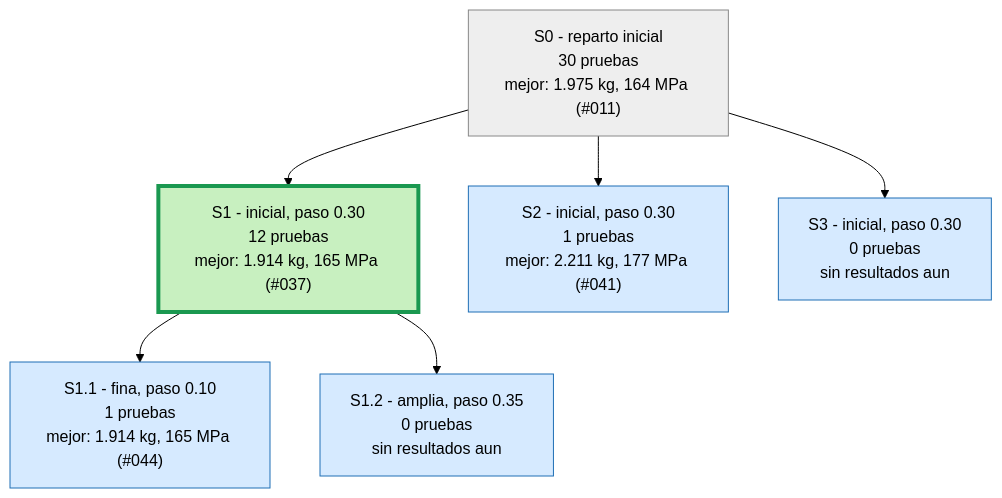
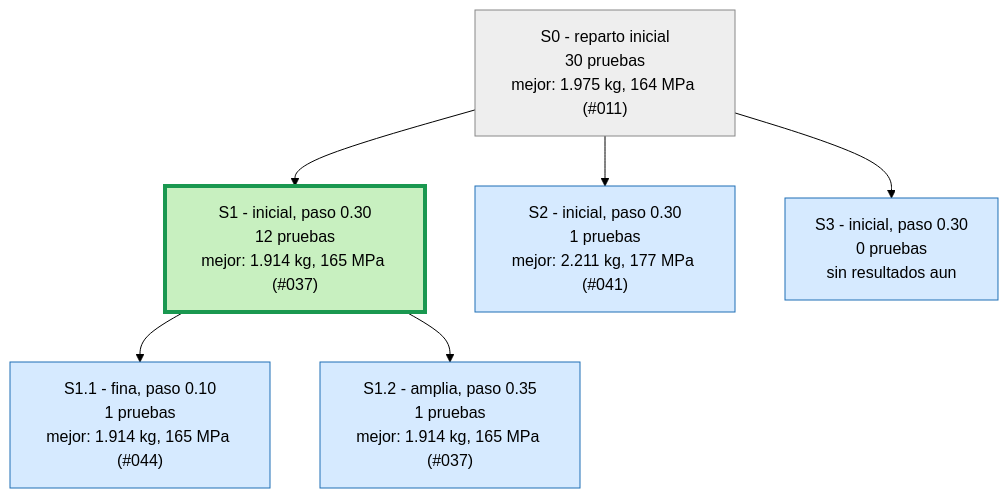
Before and after one commit to Hugiko/msd-soporte-optimizacion: the first of 4 diagrams in runs/opt_37800N/ARBOL.md, drawn with Mermaid (forest theme). The commit also changed 21 other files, not shown here.

````diff
--- a/runs/opt_37800N/ARBOL.md
+++ b/runs/opt_37800N/ARBOL.md
@@ -9,17 +9,17 @@
 ```mermaid
 graph TD
 classDef activa fill:#d6eaff,stroke:#1f6fb5,color:#000
 classDef fin fill:#eeeeee,stroke:#888,color:#000
 classDef mejor fill:#c8f0c0,stroke:#1a9850,stroke-width:4px,color:#000
 S0["S0 - reparto inicial<br/>30 pruebas<br/>mejor: 1.975 kg, 164 MPa (#011)"]:::fin
 S1["S1 - inicial, paso 0.30<br/>12 pruebas<br/>mejor: 1.914 kg, 165 MPa (#037)"]:::mejor
 S0 --> S1
 S2["S2 - inicial, paso 0.30<br/>1 pruebas<br/>mejor: 2.211 kg, 177 MPa (#041)"]:::activa
 S0 --> S2
 S3["S3 - inicial, paso 0.30<br/>0 pruebas<br/>sin resultados aun"]:::activa
 S0 --> S3
 S1_1["S1.1 - fina, paso 0.10<br/>1 pruebas<br/>mejor: 1.914 kg, 165 MPa (#044)"]:::activa
 S1 --> S1_1
-S1_2["S1.2 - amplia, paso 0.35<br/>0 pruebas<br/>sin resultados aun"]:::activa
+S1_2["S1.2 - amplia, paso 0.35<br/>1 pruebas<br/>mejor: 1.914 kg, 165 MPa (#037)"]:::activa
 S1 --> S1_2
 ```
````
